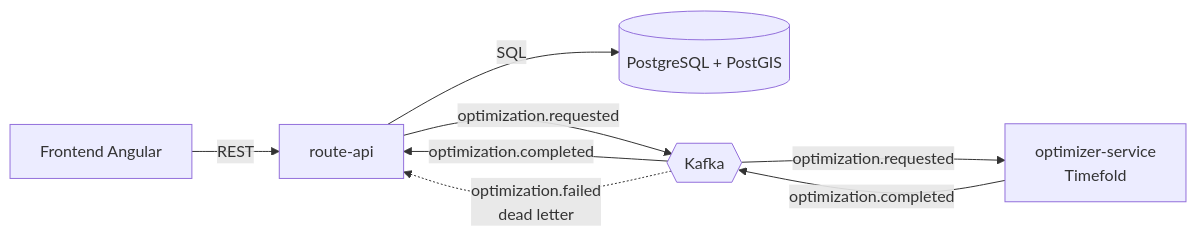
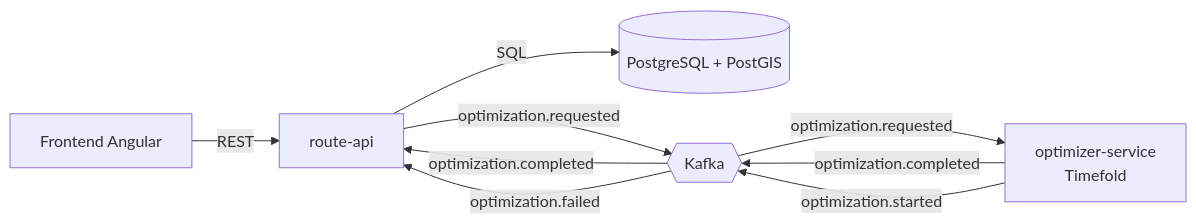
Before and after one commit to delmocss/rutaflex: the diagram in README.md, drawn with Mermaid. The commit also changed other lines of this file and 39 other files, not shown here.

````diff
--- a/README.md
+++ b/README.md
@@ -36,10 +37,11 @@
 ```mermaid
 flowchart LR
     UI[Frontend Angular] -->|REST| API[route-api]
     API -->|SQL| DB[(PostgreSQL + PostGIS)]
     API -->|optimization.requested| K{{Kafka}}
     K -->|optimization.requested| OPT[optimizer-service<br/>Timefold]
     OPT -->|optimization.completed| K
+    OPT -->|optimization.started| K
     K -->|optimization.completed| API
-    K -.->|optimization.failed<br/>dead letter| API
+    K -->|optimization.failed| API
 ```
````
